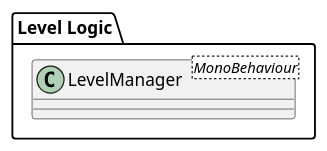
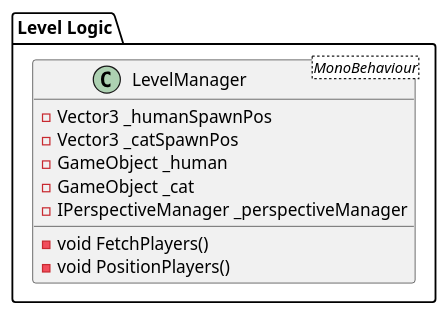
One commit to Bachelor-Parallax/Parallax changed the diagram in Diagrams/Level Logic/LevelLogicCD.puml. Above: the diagram before and after it, drawn with PlantUML. The commit also changed 9 other files, not shown here.

```diff
--- a/Diagrams/Level Logic/LevelLogicCD.puml
+++ b/Diagrams/Level Logic/LevelLogicCD.puml
@@ -1,10 +1,17 @@
 @startuml Level Logic CD
 
 package "Level Logic" {
 
     class LevelManager<MonoBehaviour>
     {
+        - Vector3 _humanSpawnPos
+        - Vector3 _catSpawnPos
+        - GameObject _human
+        - GameObject _cat
+        - IPerspectiveManager _perspectiveManager
+
+        - void FetchPlayers()
+        - void PositionPlayers()
     }
-
 }
 @enduml
```
